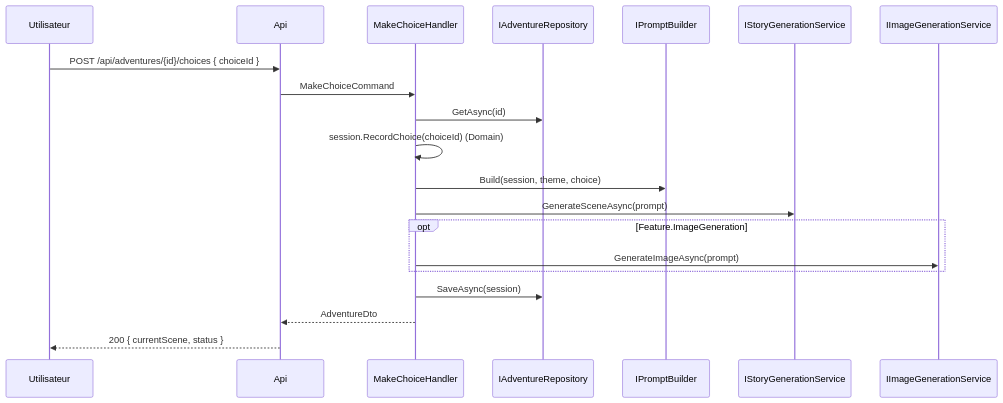
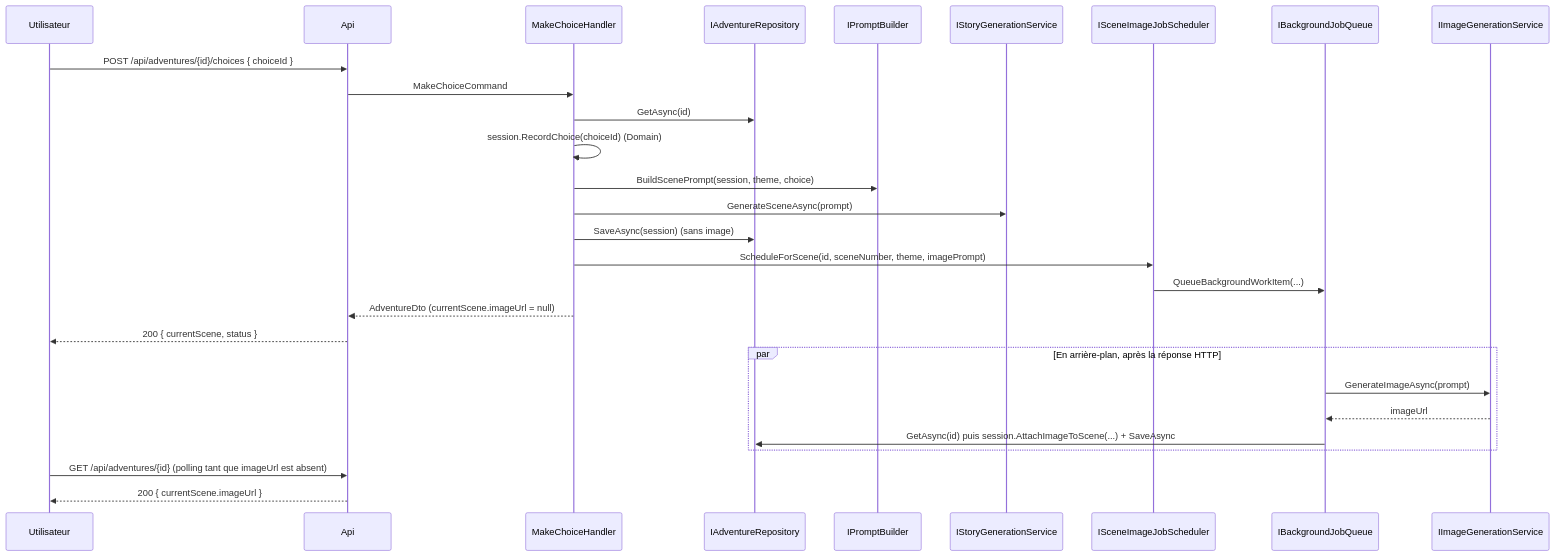
Before and after one commit to QzLP2P/FableFlow: the second of 2 diagrams in docs/architecture.md, drawn with Mermaid. The commit also changed other lines of this file and 31 other files, not shown here.

Commit message:
delay image generation + better theme

````diff
--- a/docs/architecture.md
+++ b/docs/architecture.md
@@ -30,23 +35,33 @@
 ```mermaid
 sequenceDiagram
     participant U as Utilisateur
     participant API as Api
     participant H as MakeChoiceHandler
     participant R as IAdventureRepository
     participant PB as IPromptBuilder
     participant SG as IStoryGenerationService
+    participant SCH as ISceneImageJobScheduler
+    participant Q as IBackgroundJobQueue
     participant IG as IImageGenerationService
 
     U->>API: POST /api/adventures/{id}/choices { choiceId }
     API->>H: MakeChoiceCommand
     H->>R: GetAsync(id)
     H->>H: session.RecordChoice(choiceId)  (Domain)
-    H->>PB: Build(session, theme, choice)
+    H->>PB: BuildScenePrompt(session, theme, choice)
     H->>SG: GenerateSceneAsync(prompt)
-    opt Feature.ImageGeneration
-        H->>IG: GenerateImageAsync(prompt)
+    H->>R: SaveAsync(session)  (sans image)
+    H->>SCH: ScheduleForScene(id, sceneNumber, theme, imagePrompt)
+    SCH->>Q: QueueBackgroundWorkItem(...)
+    H-->>API: AdventureDto (currentScene.imageUrl = null)
+    API-->>U: 200 { currentScene, status }
+
+    par En arrière-plan, après la réponse HTTP
+        Q->>IG: GenerateImageAsync(prompt)
+        IG-->>Q: imageUrl
+        Q->>R: GetAsync(id) puis session.AttachImageToScene(...) + SaveAsync
     end
-    H->>R: SaveAsync(session)
-    H-->>API: AdventureDto
-    API-->>U: 200 { currentScene, status }
+
+    U->>API: GET /api/adventures/{id}  (polling tant que imageUrl est absent)
+    API-->>U: 200 { currentScene.imageUrl }
 ```
````
